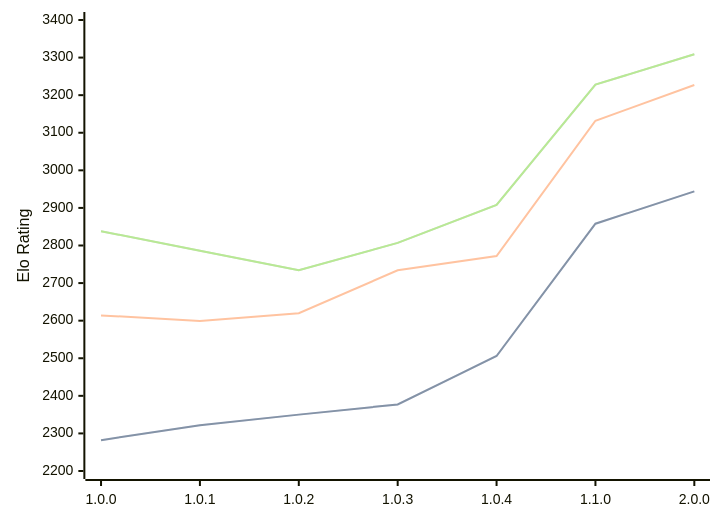
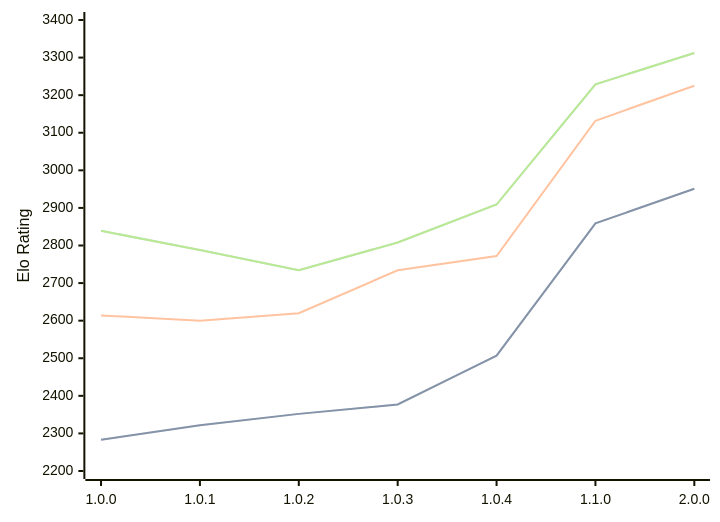
One commit to computer-chess-index/cci changed the diagram in engines/Grail.md. Above: the diagram before and after it, drawn with Mermaid. The commit also changed other lines of this file, not shown here.

Commit message:
Update CCI Ratings (ELO VLTC) - 2026-05-17

````diff
--- a/engines/Grail.md
+++ b/engines/Grail.md
@@ -37,11 +37,11 @@
 ```mermaid
 %%{init: {"theme":"base","themeVariables":{"seriesColors:['#a3a3a3','#222221','#faa371']}}}%%
 xychart-beta
   x-axis ["1.0.0", "1.0.1", "1.0.2", "1.0.3", "1.0.4", "1.1.0", "2.0.0"]
   y-axis "Elo Rating" 2200 --> 3400
-  line "STC (8.0+0.08s)" [2282, 2322, 2350, 2377, 2506, 2858, 2944]
-  line "STC (8.0+0.08s)" [2282, 2322, 2350, 2377, 2506, 2858, 2944]
-  line "LTC (60.0+0.60s)" [2614, 2599, 2620, 2734, 2772, 3132, 3227]
-  line "VLTC (2m24s+1.12s)" [2838, 2786, 2734, 2807, 2908, 3228, 3309]
-  line "VLTC (2m24s+1.12s)" [2838, 2786, 2734, 2807, 2908, 3228, 3309]
+  line "STC (8.0+0.08s)" [2283, 2322, 2352, 2377, 2507, 2859, 2951]
+  line "STC (8.0+0.08s)" [2283, 2322, 2352, 2377, 2507, 2859, 2951]
+  line "LTC (60.0+0.60s)" [2614, 2600, 2620, 2734, 2772, 3132, 3225]
+  line "VLTC (2m24s+1.12s)" [2839, 2788, 2734, 2808, 2909, 3229, 3312]
+  line "VLTC (2m24s+1.12s)" [2839, 2788, 2734, 2808, 2909, 3229, 3312]
 ```
````
